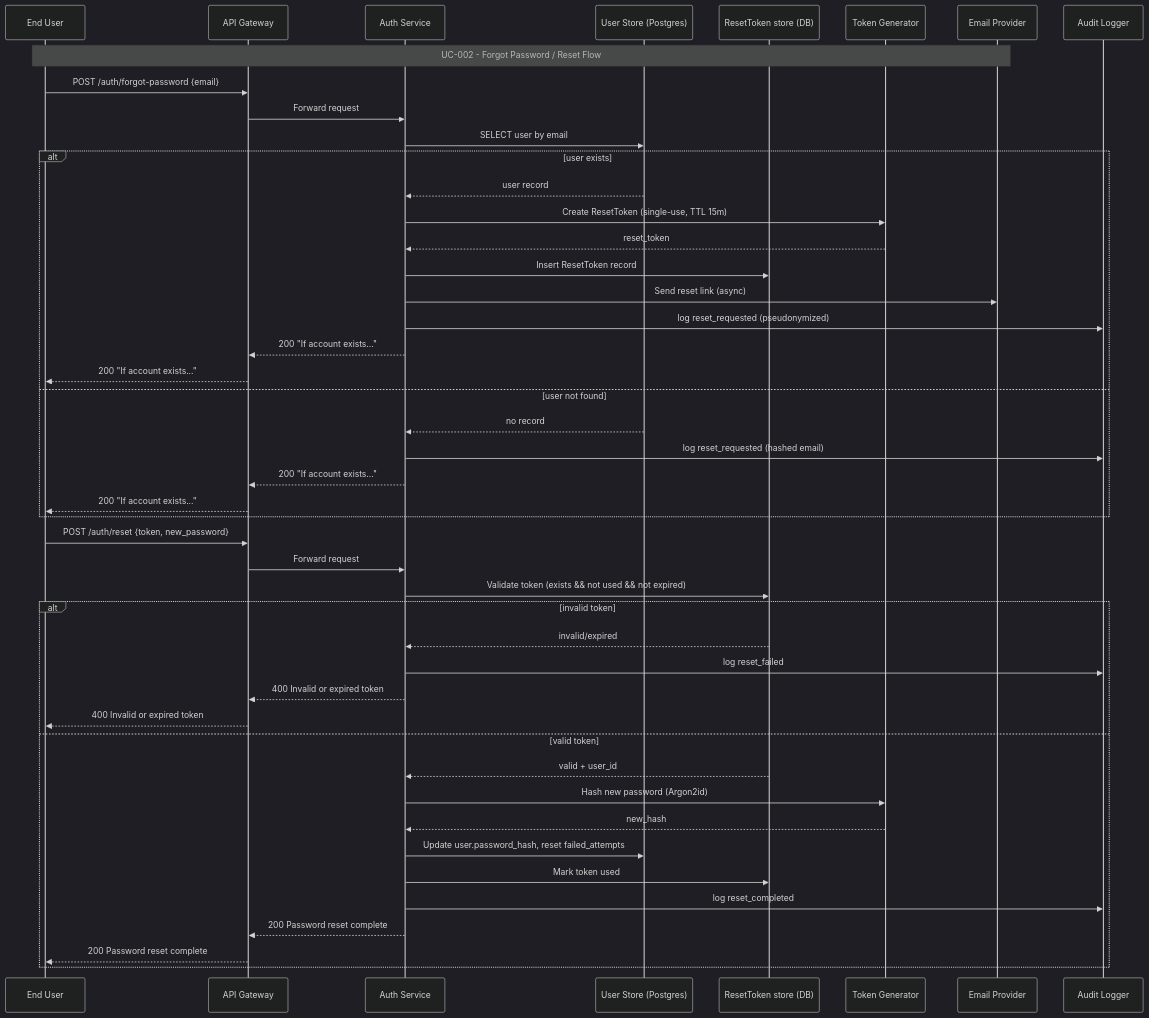
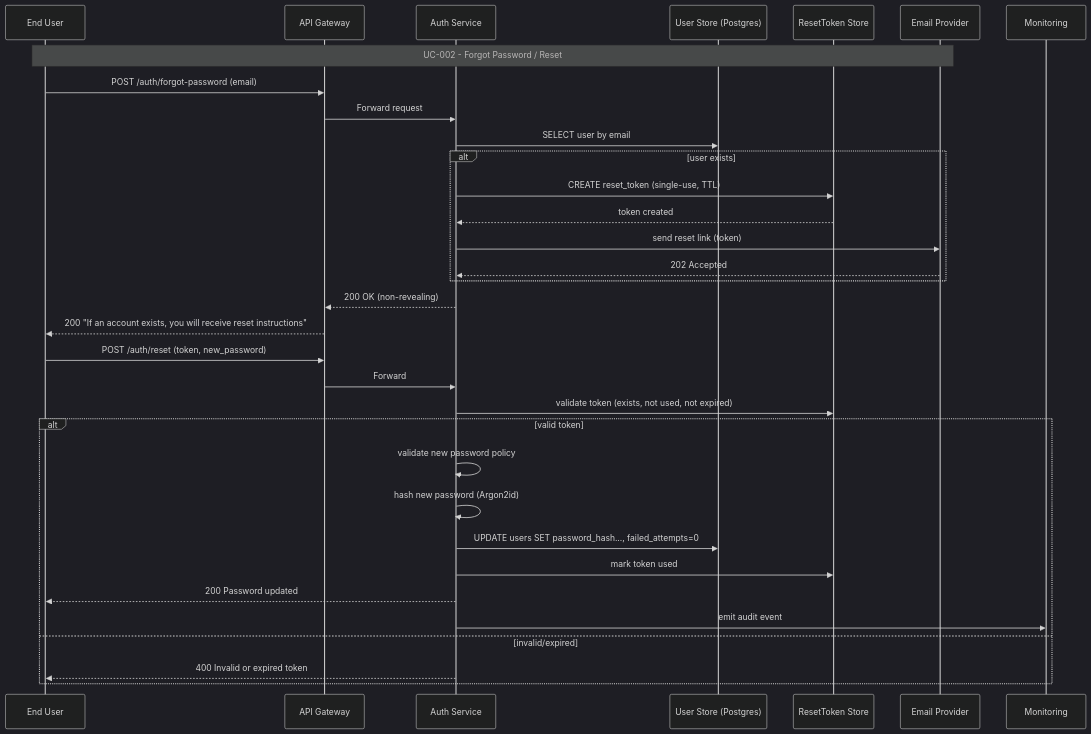
The ninth of 11 diagrams in .propel/context/docs/models.md (Hadiya-Kanini/Demo), drawn with Mermaid (dark theme) before and after one commit. The commit also changed other lines of this file, not shown here.

````diff
--- a/.propel/context/docs/models.md
+++ b/.propel/context/docs/models.md
@@ -441,52 +439,38 @@
 ```mermaid
 sequenceDiagram
-    participant EndUser as End User
-    participant API as API Gateway
+    participant User as End User
+    participant APIGW as API Gateway
     participant Auth as Auth Service
     participant DB as User Store (Postgres)
-    participant Reset as ResetToken store (DB)
-    participant TokenGen as Token Generator
+    participant Reset as ResetToken Store
     participant Email as Email Provider
-    participant Audit as Audit Logger
 
-    Note over EndUser,Email: UC-002 - Forgot Password / Reset Flow
+    Note over User,Email: UC-002 - Forgot Password / Reset
 
-    EndUser->>API: POST /auth/forgot-password {email}
-    API->>Auth: Forward request
+    User->>APIGW: POST /auth/forgot-password (email)
+    APIGW->>Auth: Forward request
     Auth->>DB: SELECT user by email
     alt user exists
-      DB-->>Auth: user record
-      Auth->>TokenGen: Create ResetToken (single-use, TTL 15m)
-      TokenGen-->>Auth: reset_token
-      Auth->>Reset: Insert ResetToken record
-      Auth->>Email: Send reset link (async)
-      Auth->>Audit: log reset_requested (pseudonymized)
-      Auth-->>API: 200 "If account exists..."
-      API-->>EndUser: 200 "If account exists..."
-    else user not found
-      DB-->>Auth: no record
-      Auth->>Audit: log reset_requested (hashed email)
-      Auth-->>API: 200 "If account exists..."
-      API-->>EndUser: 200 "If account exists..."
+        Auth->>Reset: CREATE reset_token (single-use, TTL)
+        Reset-->>Auth: token created
+        Auth->>Email: send reset link (token)
+        Email-->>Auth: 202 Accepted
     end
+    Auth-->>APIGW: 200 OK (non-revealing)
+    APIGW-->>User: 200 "If an account exists, you will receive reset instructions"
 
     %% Reset usage
-    EndUser->>API: POST /auth/reset {token, new_password}
-    API->>Auth: Forward request
-    Auth->>Reset: Validate token (exists && not used && not expired)
-    alt invalid token
-      Reset-->>Auth: invalid/expired
-      Auth->>Audit: log reset_failed
-      Auth-->>API: 400 Invalid or expired token
-      API-->>EndUser: 400 Invalid or expired token
-    else valid token
-      Reset-->>Auth: valid + user_id
-      Auth->>TokenGen: Hash new password (Argon2id)
-      TokenGen-->>Auth: new_hash
-      Auth->>DB: Update user.password_hash, reset failed_attempts
-      Auth->>Reset: Mark token used
-      Auth->>Audit: log reset_completed
-      Auth-->>API: 200 Password reset complete
-      API-->>EndUser: 200 Password reset complete
+    User->>APIGW: POST /auth/reset (token, new_password)
+    APIGW->>Auth: Forward
+    Auth->>Reset: validate token (exists, not used, not expired)
+    alt valid token
+        Auth->>Auth: validate new password policy
+        Auth->>Auth: hash new password (Argon2id)
+        Auth->>DB: UPDATE users SET password_hash..., failed_attempts=0
+        Auth->>Reset: mark token used
+        Auth-->>User: 200 Password updated
+        Auth->>Monitoring: emit audit event
+    else invalid/expired
+        Auth-->>User: 400 Invalid or expired token
     end
 ```
````
